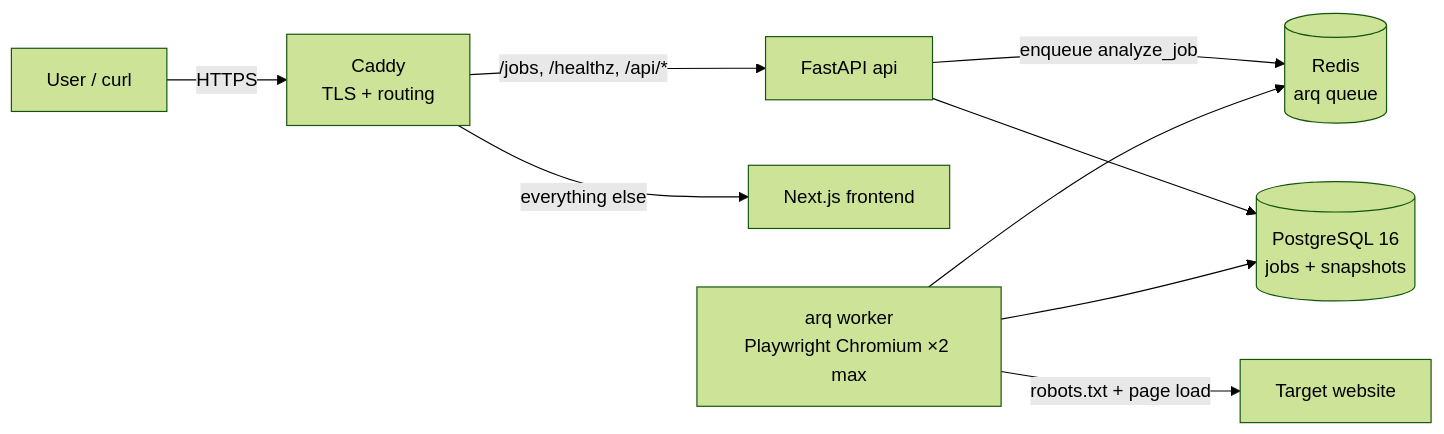
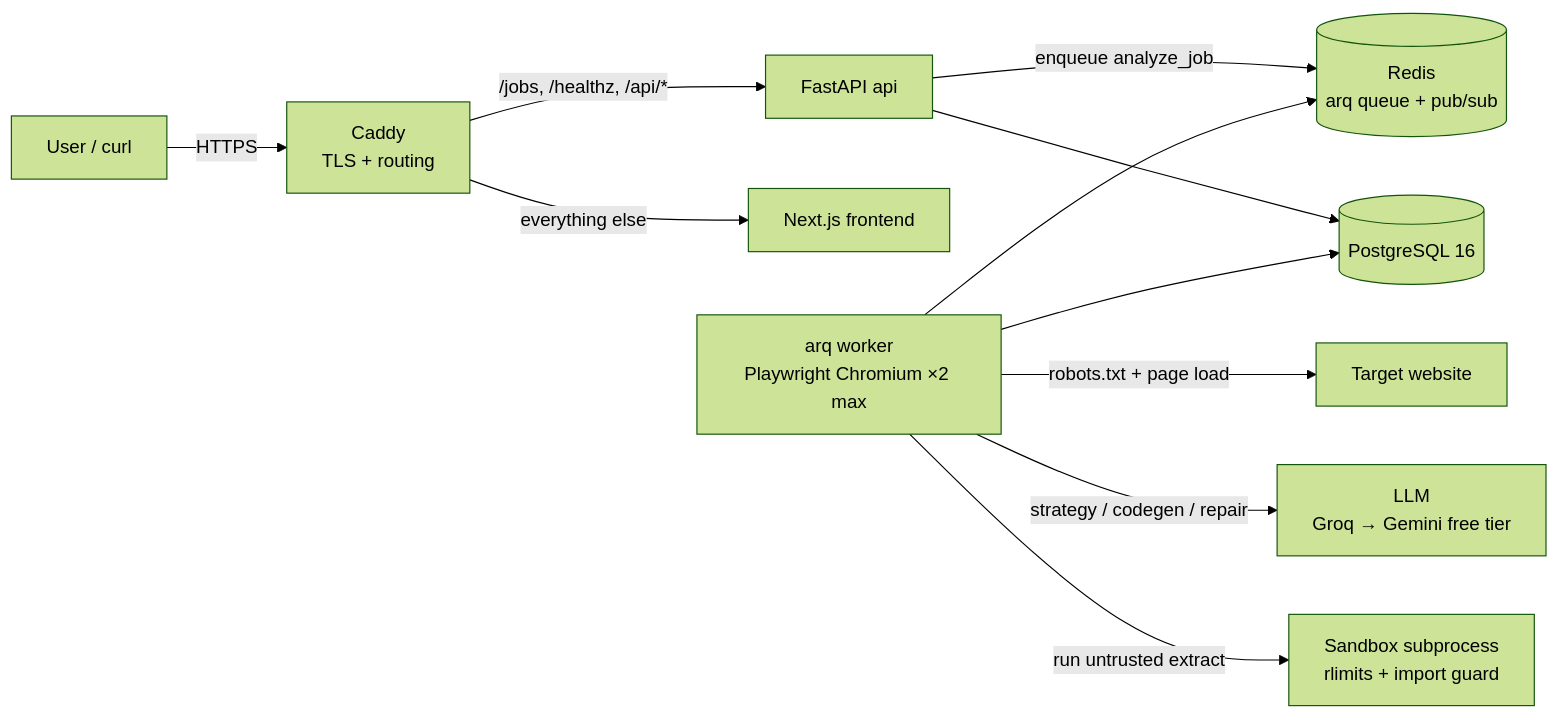
The first of 2 diagrams in docs/ARCHITECTURE.md (adilsaleem19/lazarus), drawn with Mermaid (forest theme) before and after one commit. The commit also changed other lines of this file and 26 other files, not shown here.

First line of the commit message:
Phase 2: autonomous agent (LLM -> codegen -> sandbox -> self-repair)

````diff
--- a/docs/ARCHITECTURE.md
+++ b/docs/ARCHITECTURE.md
@@ -9,11 +9,13 @@
 ```mermaid
 flowchart LR
     U[User / curl] -->|HTTPS| C[Caddy\nTLS + routing]
     C -->|/jobs, /healthz, /api/*| A[FastAPI api]
     C -->|everything else| F[Next.js frontend]
-    A -->|enqueue analyze_job| R[(Redis\narq queue)]
-    A --> P[(PostgreSQL 16\njobs + snapshots)]
+    A -->|enqueue analyze_job| R[(Redis\narq queue + pub/sub)]
+    A --> P[(PostgreSQL 16)]
     W[arq worker\nPlaywright Chromium ×2 max] --> R
     W --> P
     W -->|robots.txt + page load| T[Target website]
+    W -->|strategy / codegen / repair| L[LLM\nGroq → Gemini free tier]
+    W -->|run untrusted extract| S[Sandbox subprocess\nrlimits + import guard]
 ```
````
